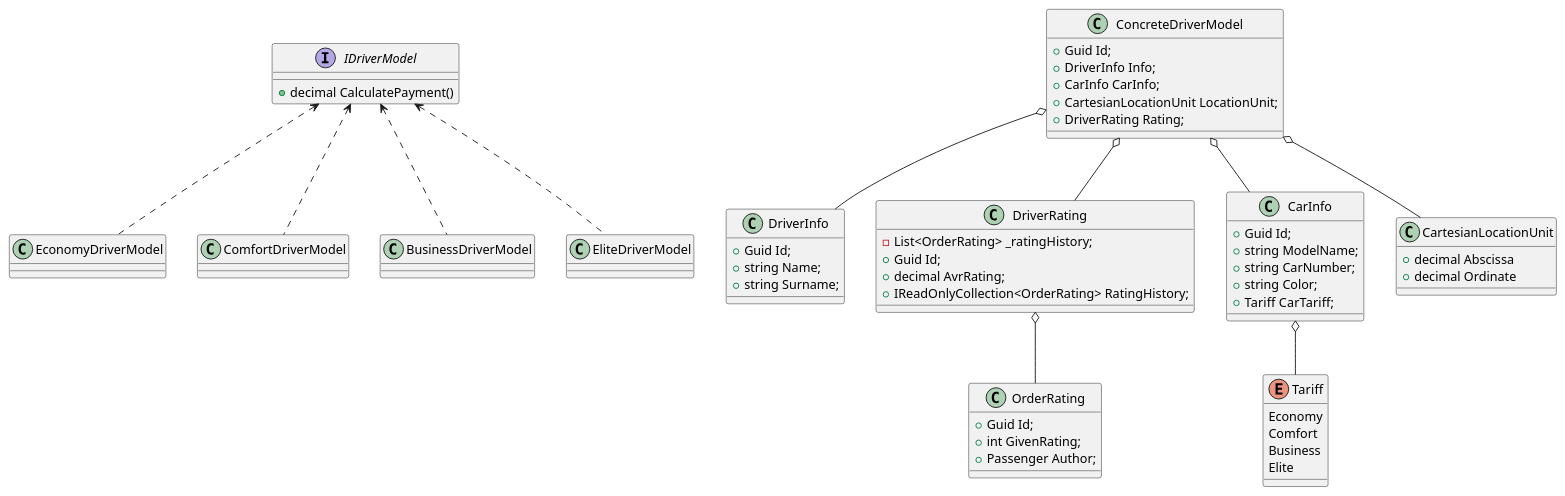
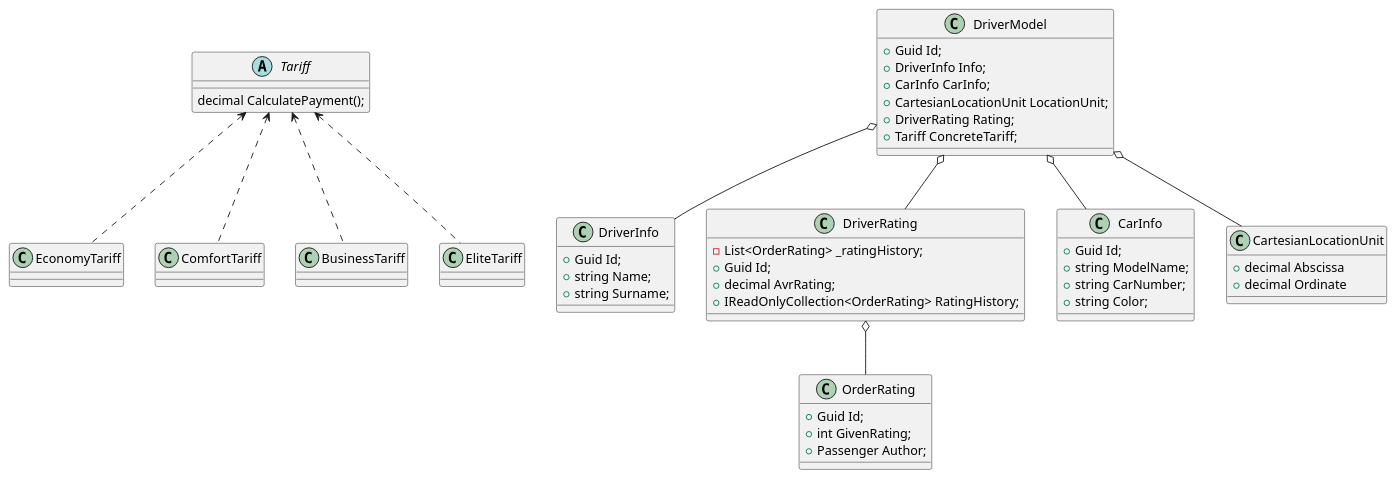
The diagram in Docs/DriverModelScheme.puml (is-oop-y24/Pig-n-Go), drawn with PlantUML before and after one commit.

Commit message:
docs: add abstract class Tariff in DriverModelScheme

```diff
--- a/Docs/DriverModelScheme.puml
+++ b/Docs/DriverModelScheme.puml
@@ -1,82 +1,67 @@
 @startuml
 'https://plantuml.com/class-diagram
 
-interface IDriverModel
+abstract class Tariff
 {
-    +decimal CalculatePayment()
+    decimal CalculatePayment();
 }
 
-class EconomyDriverModel
-class ComfortDriverModel
-class BusinessDriverModel
-class EliteDriverModel
+Tariff <.. EconomyTariff
+Tariff <.. ComfortTariff
+Tariff <.. BusinessTariff
+Tariff <.. EliteTariff
 
-IDriverModel <.. EconomyDriverModel
-IDriverModel <.. ComfortDriverModel
-IDriverModel <.. BusinessDriverModel
-IDriverModel <.. EliteDriverModel
-
-class ConcreteDriverModel
+class DriverModel
 {
     +Guid Id;
     +DriverInfo Info;
     +CarInfo CarInfo;
     +CartesianLocationUnit LocationUnit;
     +DriverRating Rating;
+    +Tariff ConcreteTariff;
 }
 
 class DriverInfo
 {
     +Guid Id;
     +string Name;
     +string Surname;
 }
 
 class DriverRating
 { 
     -List<OrderRating> _ratingHistory;
     +Guid Id;
     +decimal AvrRating;
     +IReadOnlyCollection<OrderRating> RatingHistory;
 }
 
 class OrderRating
 {
     +Guid Id;
     +int GivenRating;
     +Passenger Author;
 }
 
 class CarInfo
 {
     +Guid Id;
     +string ModelName;
     +string CarNumber;
     +string Color;
-    +Tariff CarTariff;
 }
 
 class CartesianLocationUnit
 {
     +decimal Abscissa
     +decimal Ordinate
 }
 
-enum Tariff
-{
-    Economy
-    Comfort
-    Business
-    Elite
-}
-
-ConcreteDriverModel o-- DriverRating
-ConcreteDriverModel o-- DriverInfo
-ConcreteDriverModel o-- CarInfo
-ConcreteDriverModel o-- CartesianLocationUnit
+DriverModel o-- DriverRating
+DriverModel o-- DriverInfo
+DriverModel o-- CarInfo
+DriverModel o-- CartesianLocationUnit
 
 DriverRating o-- OrderRating
 
-CarInfo o-- Tariff
-
 @enduml
```
